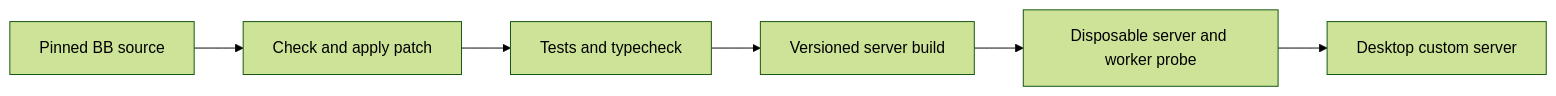
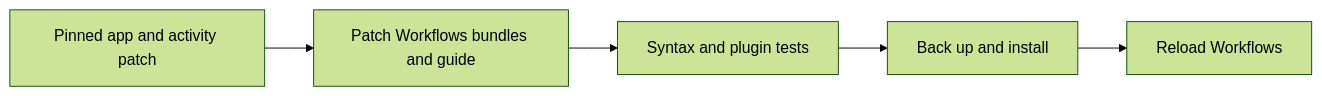
One commit to connorads/dotfiles changed the diagram in src/bb-plugins/workflows-patch/README.md. Above: the diagram before and after it, drawn with Mermaid (forest theme). The commit also changed other lines of this file and 9 other files, not shown here.

Commit message:
Patch Workflows bundles for direct Daybreak workers

````diff
--- a/src/bb-plugins/workflows-patch/README.md
+++ b/src/bb-plugins/workflows-patch/README.md
@@ -11,8 +12,7 @@
 ```mermaid
 flowchart LR
-  Pin[Pinned BB source] --> Apply[Check and apply patch]
-  Apply --> Test[Tests and typecheck]
-  Test --> Build[Versioned server build]
-  Build --> Probe[Disposable server and worker probe]
-  Probe --> Switch[Desktop custom server]
+  Check[Pinned app and activity patch] --> Prepare[Patch Workflows bundles and guide]
+  Prepare --> Verify[Syntax and plugin tests]
+  Verify --> Apply[Back up and install]
+  Apply --> Reload[Reload Workflows]
 ```
````
